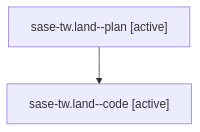
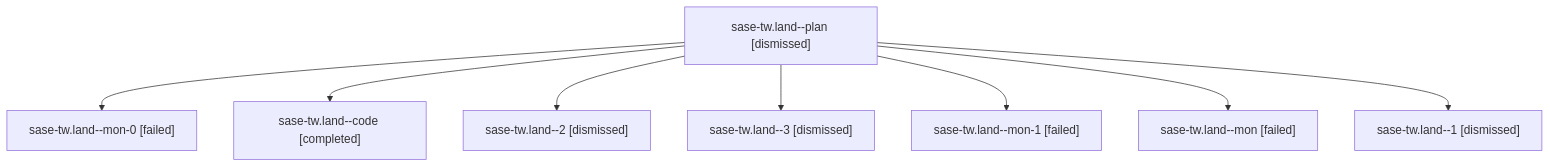
One commit to sase-org/sase--agents changed the diagram in families/bbugyi200.athena.sase-tw.land.md. Above: the diagram before and after it, drawn with Mermaid. The commit also changed other lines of this file and 98 other files, not shown here.

````diff
--- a/families/bbugyi200.athena.sase-tw.land.md
+++ b/families/bbugyi200.athena.sase-tw.land.md
@@ -9,6 +9,18 @@
 ```mermaid
 flowchart TD
-  n0["sase-tw.land--plan [active]"]
-  n1["sase-tw.land--code [active]"]
+  n0["sase-tw.land--plan [dismissed]"]
+  n1["sase-tw.land--mon-0 [failed]"]
   n0 --> n1
+  n2["sase-tw.land--code [completed]"]
+  n0 --> n2
+  n3["sase-tw.land--2 [dismissed]"]
+  n0 --> n3
+  n4["sase-tw.land--3 [dismissed]"]
+  n0 --> n4
+  n5["sase-tw.land--mon-1 [failed]"]
+  n0 --> n5
+  n6["sase-tw.land--mon [failed]"]
+  n0 --> n6
+  n7["sase-tw.land--1 [dismissed]"]
+  n0 --> n7
 ```
````
